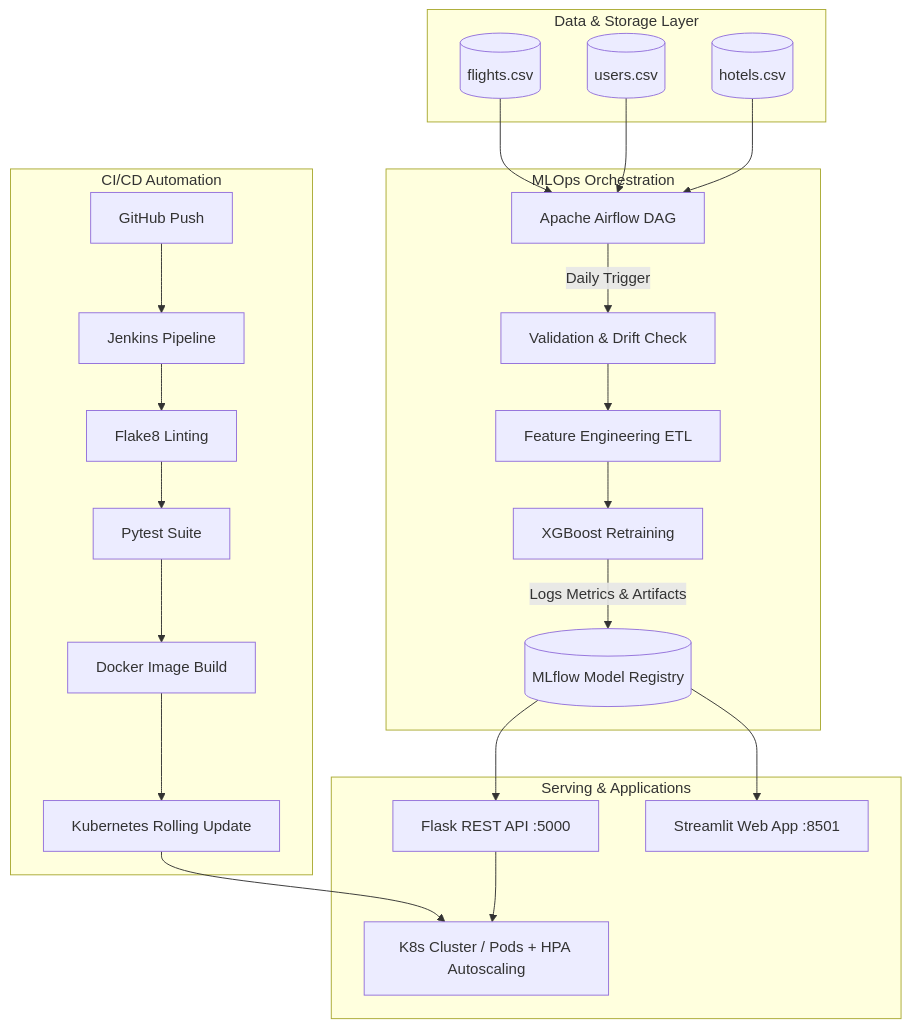
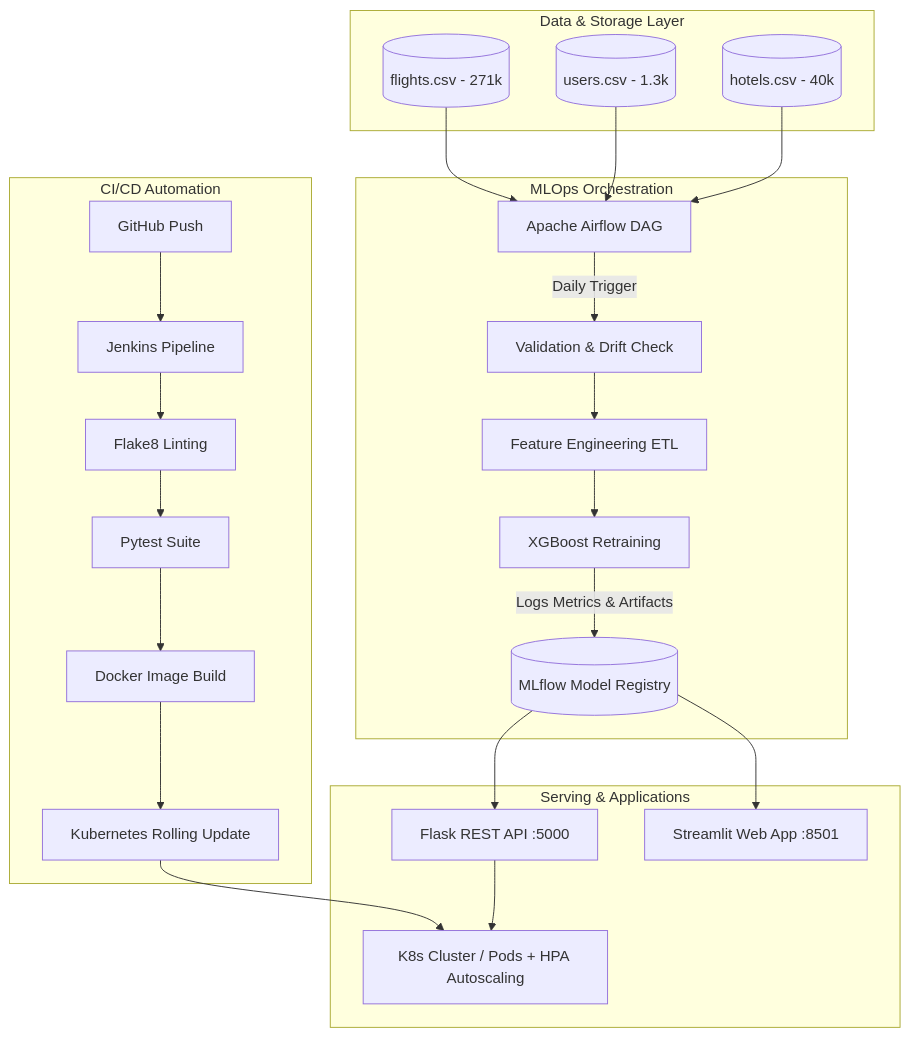
Before and after one commit to Jigneshxi/voyage-analytics-travel-mlops: the diagram in README.md, drawn with Mermaid. The commit also changed other lines of this file and 21 other files, not shown here.

````diff
--- a/README.md
+++ b/README.md
@@ -32,32 +40,32 @@
 ```mermaid
 flowchart TD
     subgraph Data & Storage Layer
-        D1[(flights.csv)]
-        D2[(users.csv)]
-        D3[(hotels.csv)]
+        D1[(flights.csv - 271k)]
+        D2[(users.csv - 1.3k)]
+        D3[(hotels.csv - 40k)]
     end
 
     subgraph MLOps Orchestration
         AF[Apache Airflow DAG] -->|Daily Trigger| VAL[Validation & Drift Check]
         VAL --> ETL[Feature Engineering ETL]
         ETL --> TRAIN[XGBoost Retraining]
         TRAIN -->|Logs Metrics & Artifacts| MLF[(MLflow Model Registry)]
     end
 
     D1 & D2 & D3 --> AF
 
     subgraph CI/CD Automation
         GIT[GitHub Push] --> JENKINS[Jenkins Pipeline]
         JENKINS --> LINT[Flake8 Linting]
         LINT --> TEST[Pytest Suite]
         TEST --> DBUILD[Docker Image Build]
         DBUILD --> KDEPLOY[Kubernetes Rolling Update]
     end
 
     subgraph Serving & Applications
         MLF --> API[Flask REST API :5000]
         MLF --> APP[Streamlit Web App :8501]
         KDEPLOY --> K8S[K8s Cluster / Pods + HPA Autoscaling]
         API --> K8S
     end
 ```
````
